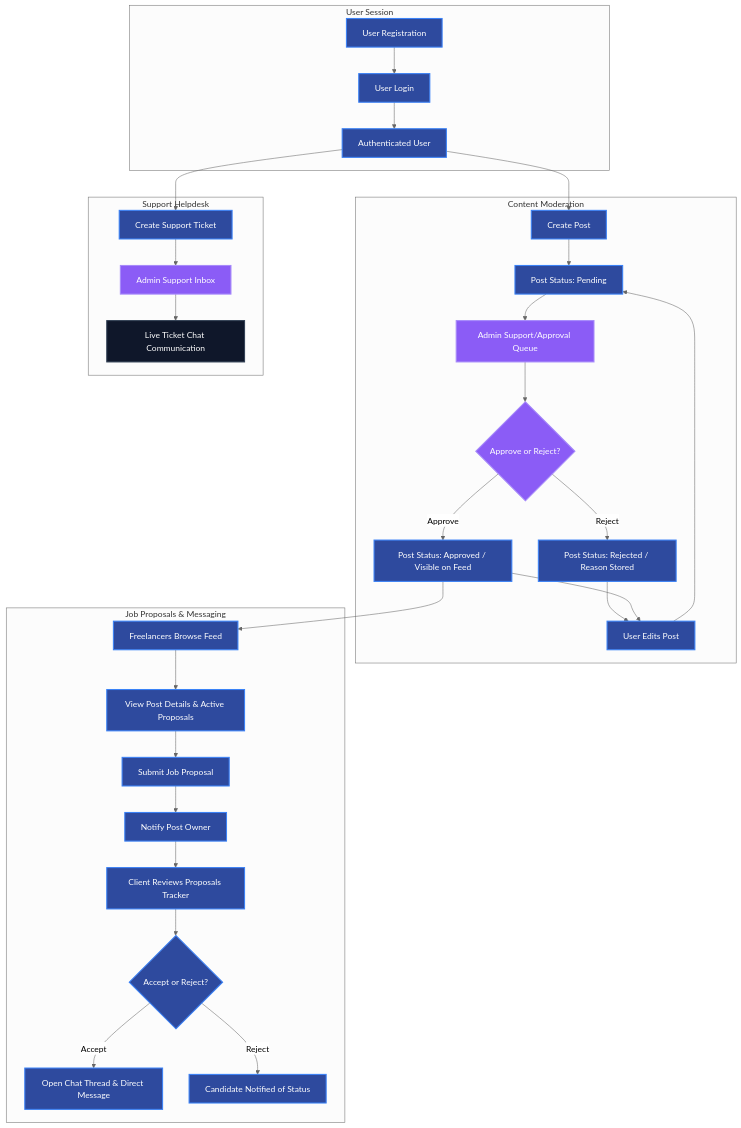
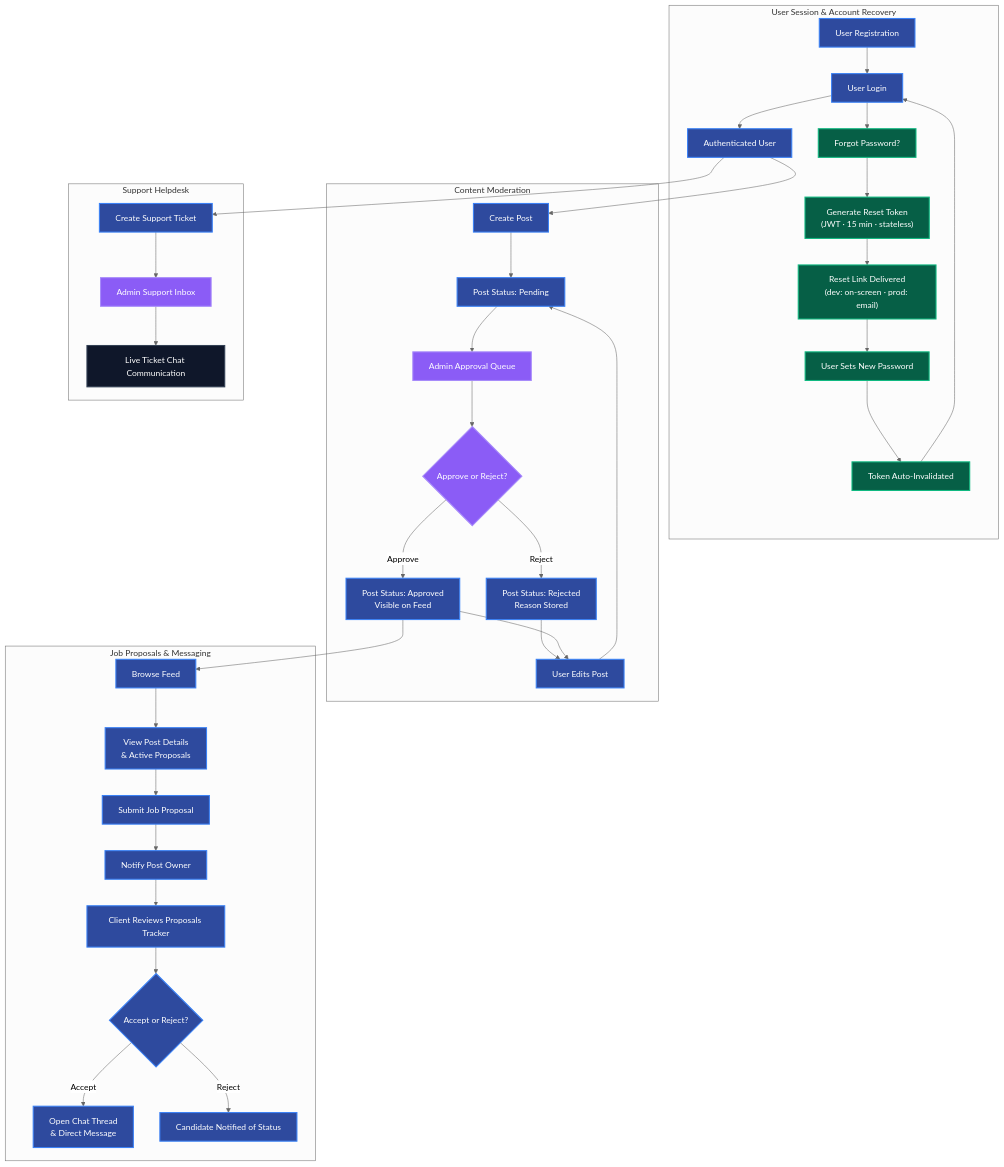
One commit to anantha-ctrl/FreelanceHub changed the diagram in README.md. Above: the diagram before and after it, drawn with Mermaid (neutral theme). The commit also changed other lines of this file and 2 other files, not shown here.

````diff
--- a/README.md
+++ b/README.md
@@ -94,49 +104,58 @@
 ```mermaid
 graph TD
     %% Styling
     classDef user fill:#2e4a9e,stroke:#3b82f6,stroke-width:2px,color:#fff;
     classDef admin fill:#8b5cf6,stroke:#a78bfa,stroke-width:2px,color:#fff;
     classDef system fill:#0f172a,stroke:#334155,stroke-width:2px,color:#fff;
+    classDef security fill:#065f46,stroke:#10b981,stroke-width:2px,color:#fff;
 
-    subgraph User Session
-        Reg[User Registration] --> Login[User Login]
-        Login --> AuthUser[Authenticated User]
+    subgraph "User Session & Account Recovery"
+        Reg["User Registration"] --> Login["User Login"]
+        Login --> AuthUser["Authenticated User"]
+        Login --> ForgotPw["Forgot Password?"]
+        ForgotPw --> GenToken["Generate Reset Token\n(JWT · 15 min · stateless)"]
+        GenToken --> ResetLink["Reset Link Delivered\n(dev: on-screen · prod: email)"]
+        ResetLink --> ResetPw["User Sets New Password"]
+        ResetPw --> TokenInvalid["Token Auto-Invalidated"]
+        TokenInvalid --> Login
         class Reg,Login,AuthUser user;
+        class ForgotPw,GenToken,ResetLink,ResetPw security;
+        class TokenInvalid security;
     end
 
-    subgraph Content Moderation
-        AuthUser --> CreatePost[Create Post]
-        CreatePost --> PostPending[Post Status: Pending]
-        PostPending --> AdminInbox[Admin Support/Approval Queue]
-        AdminInbox --> Approve{Approve or Reject?}
-        Approve -->|Approve| PostLive[Post Status: Approved / Visible on Feed]
-        Approve -->|Reject| PostRejected[Post Status: Rejected / Reason Stored]
-        PostRejected --> EditPost[User Edits Post]
+    subgraph "Content Moderation"
+        AuthUser --> CreatePost["Create Post"]
+        CreatePost --> PostPending["Post Status: Pending"]
+        PostPending --> AdminInbox["Admin Approval Queue"]
+        AdminInbox --> Approve{"Approve or Reject?"}
+        Approve -->|Approve| PostLive["Post Status: Approved\nVisible on Feed"]
+        Approve -->|Reject| PostRejected["Post Status: Rejected\nReason Stored"]
+        PostRejected --> EditPost["User Edits Post"]
         PostLive --> EditPost
         EditPost --> PostPending
         class CreatePost,PostPending,PostLive,PostRejected,EditPost user;
         class AdminInbox,Approve admin;
     end
 
-    subgraph Job Proposals & Messaging
-        PostLive --> FeedBrowse[Freelancers Browse Feed]
-        FeedBrowse --> PostDetail[View Post Details & Active Proposals]
-        PostDetail --> SubmitProposal[Submit Job Proposal]
-        SubmitProposal --> NotifyClient[Notify Post Owner]
-        NotifyClient --> ClientReview[Client Reviews Proposals Tracker]
-        ClientReview --> PropApprove{Accept or Reject?}
-        PropApprove -->|Accept| StartChat[Open Chat Thread & Direct Message]
-        PropApprove -->|Reject| NotifyCandidate[Candidate Notified of Status]
+    subgraph "Job Proposals & Messaging"
+        PostLive --> FeedBrowse["Browse Feed"]
+        FeedBrowse --> PostDetail["View Post Details\n& Active Proposals"]
+        PostDetail --> SubmitProposal["Submit Job Proposal"]
+        SubmitProposal --> NotifyClient["Notify Post Owner"]
+        NotifyClient --> ClientReview["Client Reviews Proposals Tracker"]
+        ClientReview --> PropApprove{"Accept or Reject?"}
+        PropApprove -->|Accept| StartChat["Open Chat Thread\n& Direct Message"]
+        PropApprove -->|Reject| NotifyCandidate["Candidate Notified of Status"]
         class FeedBrowse,PostDetail,SubmitProposal,StartChat user;
         class NotifyClient,ClientReview,PropApprove,NotifyCandidate user;
     end
 
-    subgraph Support Helpdesk
-        AuthUser --> RaiseTicket[Create Support Ticket]
-        RaiseTicket --> AdminSupport[Admin Support Inbox]
-        AdminSupport --> SupportChat[Live Ticket Chat Communication]
+    subgraph "Support Helpdesk"
+        AuthUser --> RaiseTicket["Create Support Ticket"]
+        RaiseTicket --> AdminSupport["Admin Support Inbox"]
+        AdminSupport --> SupportChat["Live Ticket Chat Communication"]
         class RaiseTicket user;
         class AdminSupport admin;
         class SupportChat system;
     end
 ```
````
